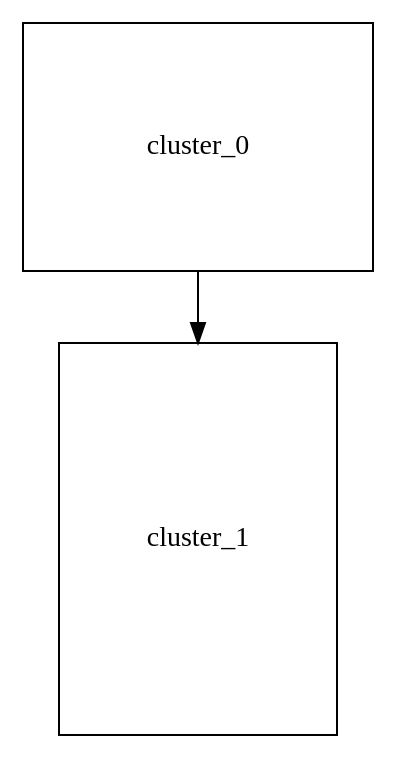
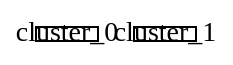
Before and after one commit to stefanrinderle/SoftViz3D: the diagram in protected/runtime/temp.dot, drawn with Graphviz. The commit also changed 8 other files, not shown here.

Commit message:
interaction with graph (1)

```diff
--- a/protected/runtime/temp.dot
+++ b/protected/runtime/temp.dot
@@ -1,5 +1,4 @@
 digraph G {
-    cluster_0 [ shape=rectangle,width=2.43055555556,height=1.72222222222,fixedsize=true,id=98574,type="node" ];
-    cluster_1 [ shape=rectangle,width=1.93055555556,height=2.72222222222,fixedsize=true,id=98577,type="node" ];
-    cluster_0 -> cluster_1 [ style="setlinewidth(1)" ];
+    cluster_0 [ shape=rectangle,width=0.430555555556,height=0.0972222222222,fixedsize=true,id=108529,type="node" ];
+    cluster_1 [ shape=rectangle,width=0.430555555556,height=0.0972222222222,fixedsize=true,id=108532,type="node" ];
 }
```
